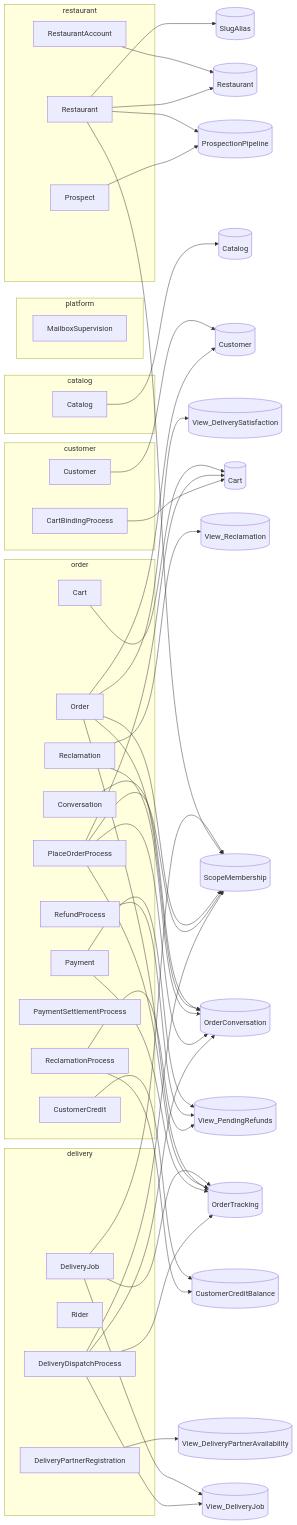
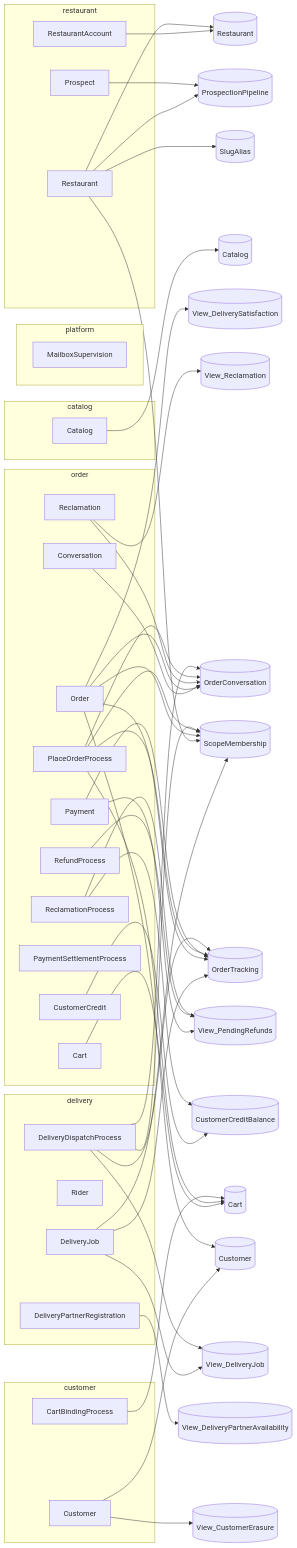
The second of 8 diagrams in specs/generated/c4.generated.md (TheCaptainCompany/captain-food), drawn with Mermaid before and after one commit. The commit also changed 53 other files, not shown here.

First line of the commit message:
Land the Customer erasure DSL surface, with the honest refusal it can actually keep

```diff
--- a/specs/generated/c4.generated.md
+++ b/specs/generated/c4.generated.md
@@ -217,6 +217,7 @@
   v_Catalog[("Catalog")]
   v_OrderConversation[("OrderConversation")]
   v_Customer[("Customer")]
+  v_View_CustomerErasure[("View_CustomerErasure")]
   v_View_DeliveryPartnerAvailability[("View_DeliveryPartnerAvailability")]
   v_View_DeliveryJob[("View_DeliveryJob")]
   v_OrderTracking[("OrderTracking")]
@@ -232,6 +233,7 @@
   a_Catalog --> v_Catalog
   a_Conversation --> v_OrderConversation
   a_Customer --> v_Customer
+  a_Customer --> v_View_CustomerErasure
   a_DeliveryPartnerRegistration --> v_View_DeliveryPartnerAvailability
   a_DeliveryJob --> v_View_DeliveryJob
   a_DeliveryJob --> v_OrderTracking
```
